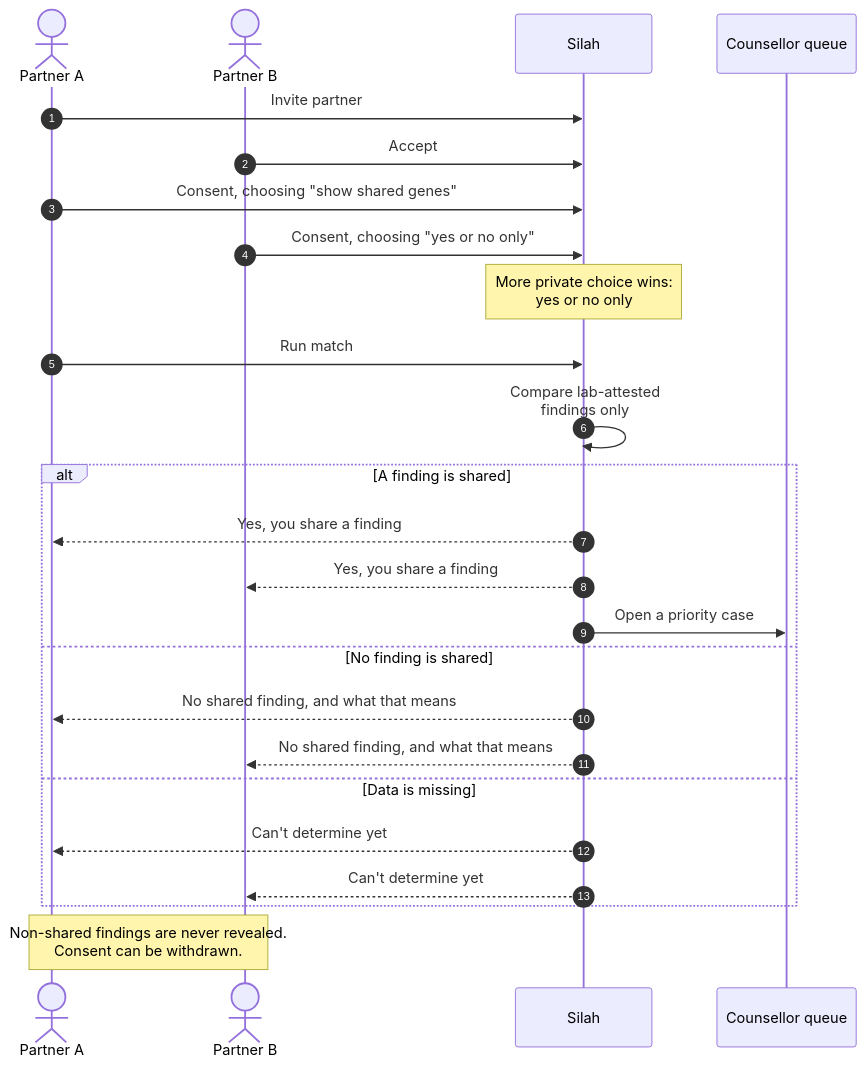
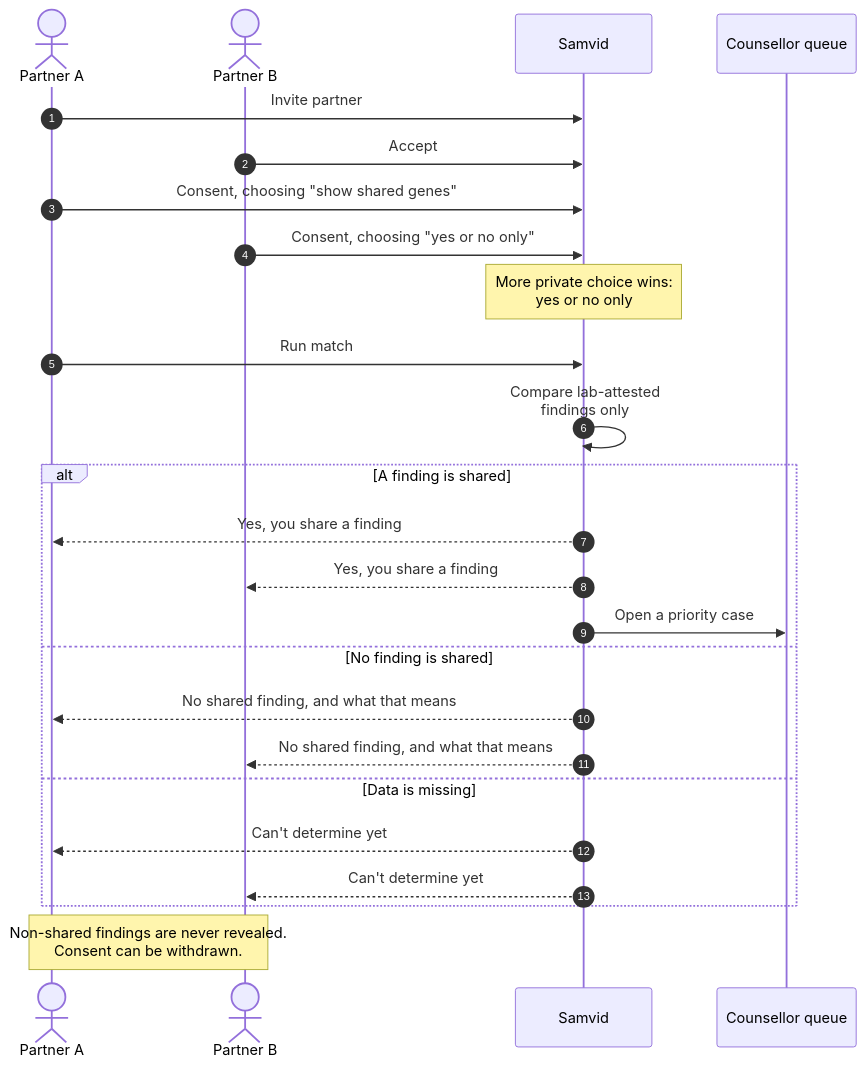
The eighth of 13 diagrams in README.md (YaduvanshiHimanshunfsu/Future-Health-Digital-Innovation-Challenge), drawn with Mermaid before and after one commit. The commit also changed other lines of this file and 244 other files, not shown here.

````diff
--- a/README.md
+++ b/README.md
@@ -263,28 +315,28 @@
 ```mermaid
 sequenceDiagram
     autonumber
     actor A as Partner A
     actor B as Partner B
-    participant S as Silah
+    participant S as Samvid
     participant C as Counsellor queue
 
     A->>S: Invite partner
     B->>S: Accept
     A->>S: Consent, choosing "show shared genes"
     B->>S: Consent, choosing "yes or no only"
     Note over S: More private choice wins:<br/>yes or no only
     A->>S: Run match
     S->>S: Compare lab-attested<br/>findings only
     alt A finding is shared
         S-->>A: Yes, you share a finding
         S-->>B: Yes, you share a finding
         S->>C: Open a priority case
     else No finding is shared
         S-->>A: No shared finding, and what that means
         S-->>B: No shared finding, and what that means
     else Data is missing
         S-->>A: Can't determine yet
         S-->>B: Can't determine yet
     end
     Note over A,B: Non-shared findings are never revealed.<br/>Consent can be withdrawn.
 ```
````
